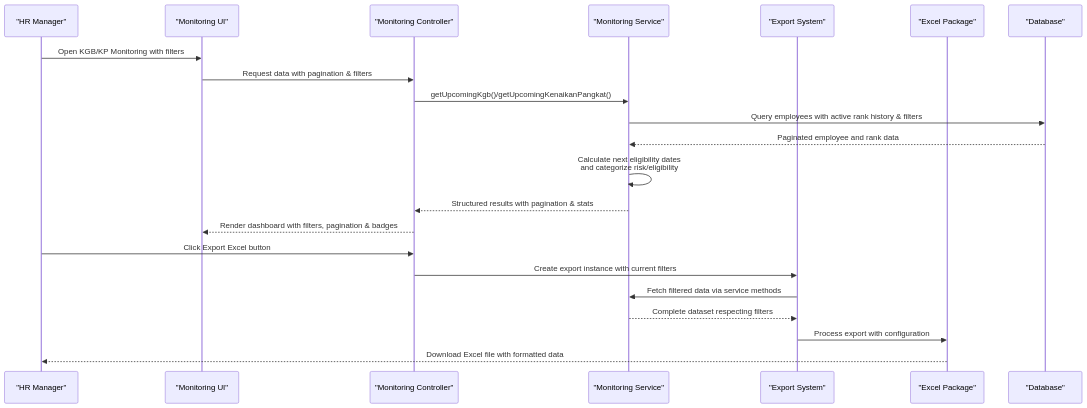
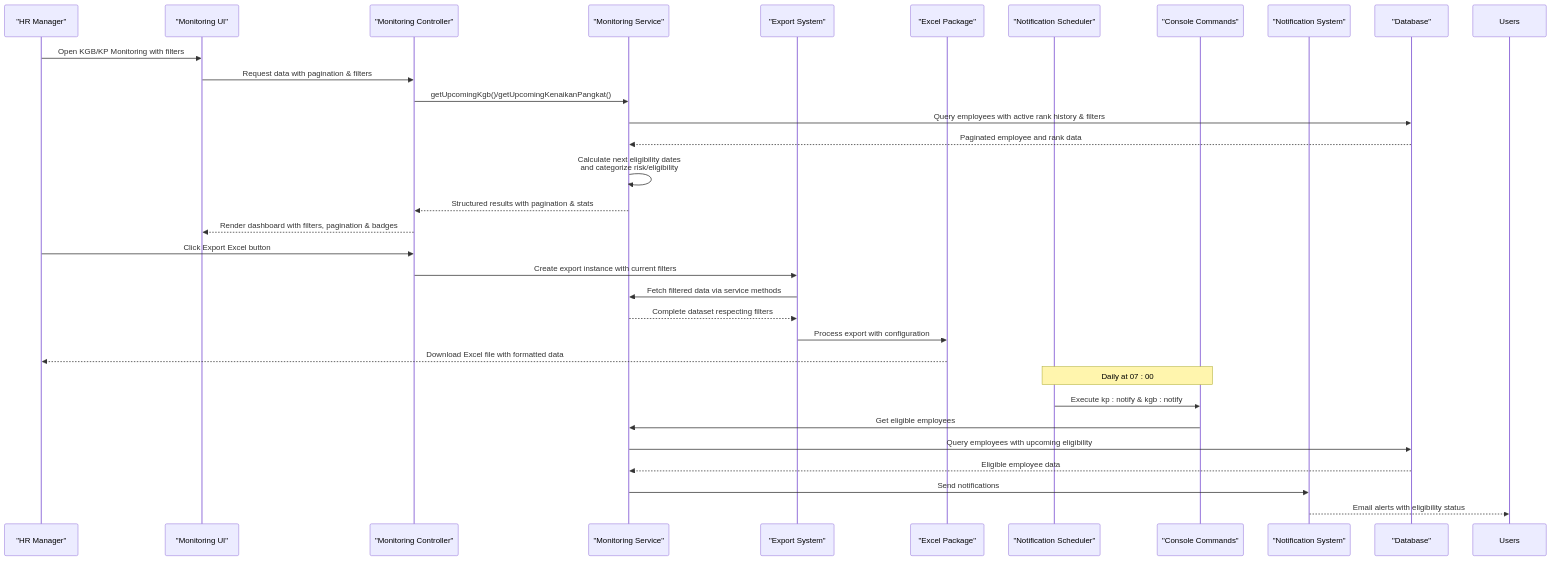
The second of 7 diagrams in .qoder/repowiki/en/content/Monitoring and Analytics System/Monitoring and Analytics System.md (PA-Penajam/kepegawaian_apps), drawn with Mermaid before and after one commit. The commit also changed other lines of this file and 4 other files, not shown here.

````diff
--- a/.qoder/repowiki/en/content/Monitoring and Analytics System/Monitoring and Analytics System.md
+++ b/.qoder/repowiki/en/content/Monitoring and Analytics System/Monitoring and Analytics System.md
@@ -186,24 +234,34 @@
 ```mermaid
 sequenceDiagram
 participant User as "HR Manager"
 participant UI as "Monitoring UI"
 participant Ctrl as "Monitoring Controller"
 participant Svc as "Monitoring Service"
 participant Export as "Export System"
 participant Excel as "Excel Package"
+participant Scheduler as "Notification Scheduler"
+participant Console as "Console Commands"
+participant Notify as "Notification System"
 participant DB as "Database"
 User->>UI : Open KGB/KP Monitoring with filters
 UI->>Ctrl : Request data with pagination & filters
 Ctrl->>Svc : getUpcomingKgb()/getUpcomingKenaikanPangkat()
 Svc->>DB : Query employees with active rank history & filters
 DB-->>Svc : Paginated employee and rank data
 Svc->>Svc : Calculate next eligibility dates<br/>and categorize risk/eligibility
 Svc-->>Ctrl : Structured results with pagination & stats
 Ctrl-->>UI : Render dashboard with filters, pagination & badges
 User->>Ctrl : Click Export Excel button
 Ctrl->>Export : Create export instance with current filters
 Export->>Svc : Fetch filtered data via service methods
 Svc-->>Export : Complete dataset respecting filters
 Export->>Excel : Process export with configuration
 Excel-->>User : Download Excel file with formatted data
+Note over Scheduler,Console : Daily at 07 : 00
+Scheduler->>Console : Execute kp : notify & kgb : notify
+Console->>Svc : Get eligible employees
+Svc->>DB : Query employees with upcoming eligibility
+DB-->>Svc : Eligible employee data
+Svc->>Notify : Send notifications
+Notify-->>Users : Email alerts with eligibility status
 ```
````
